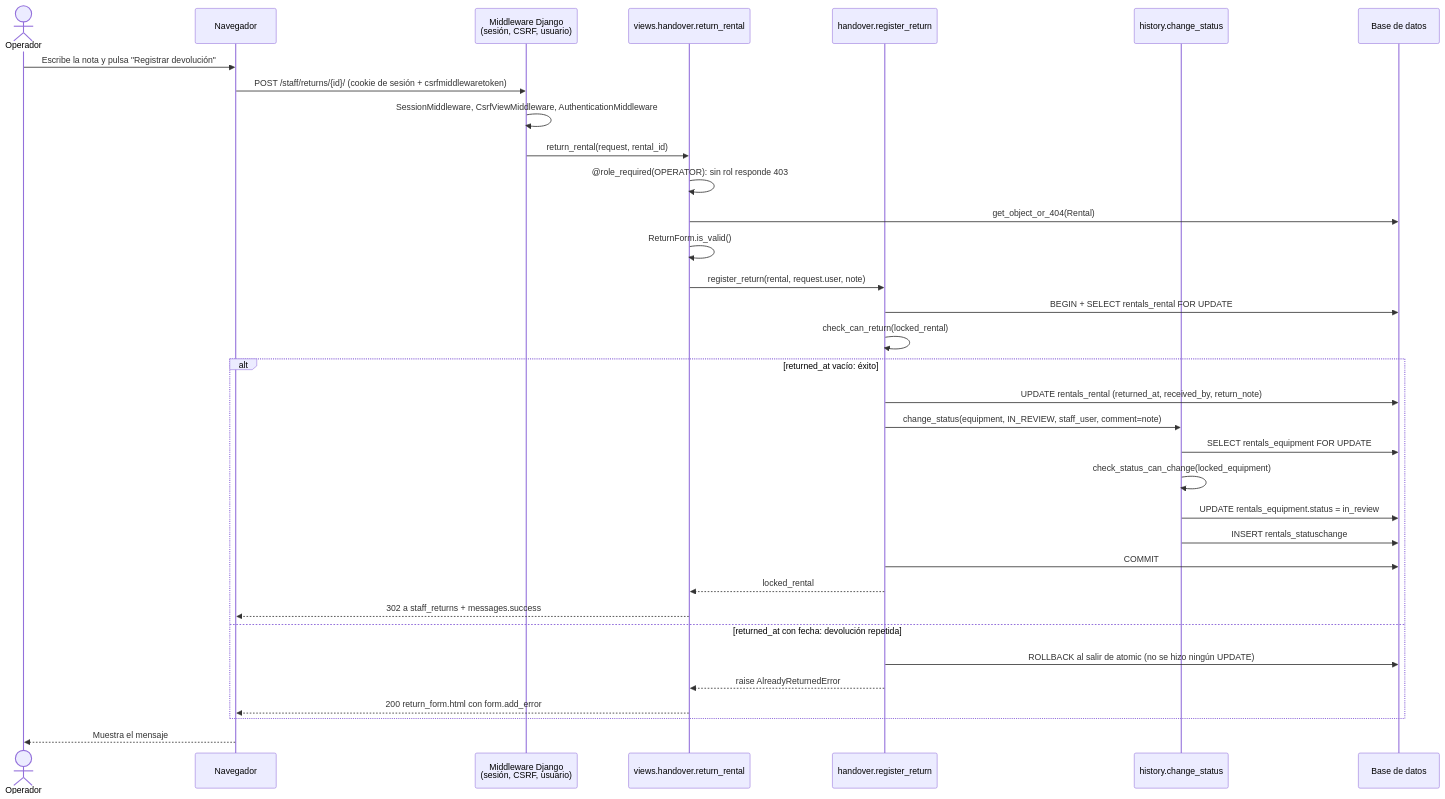
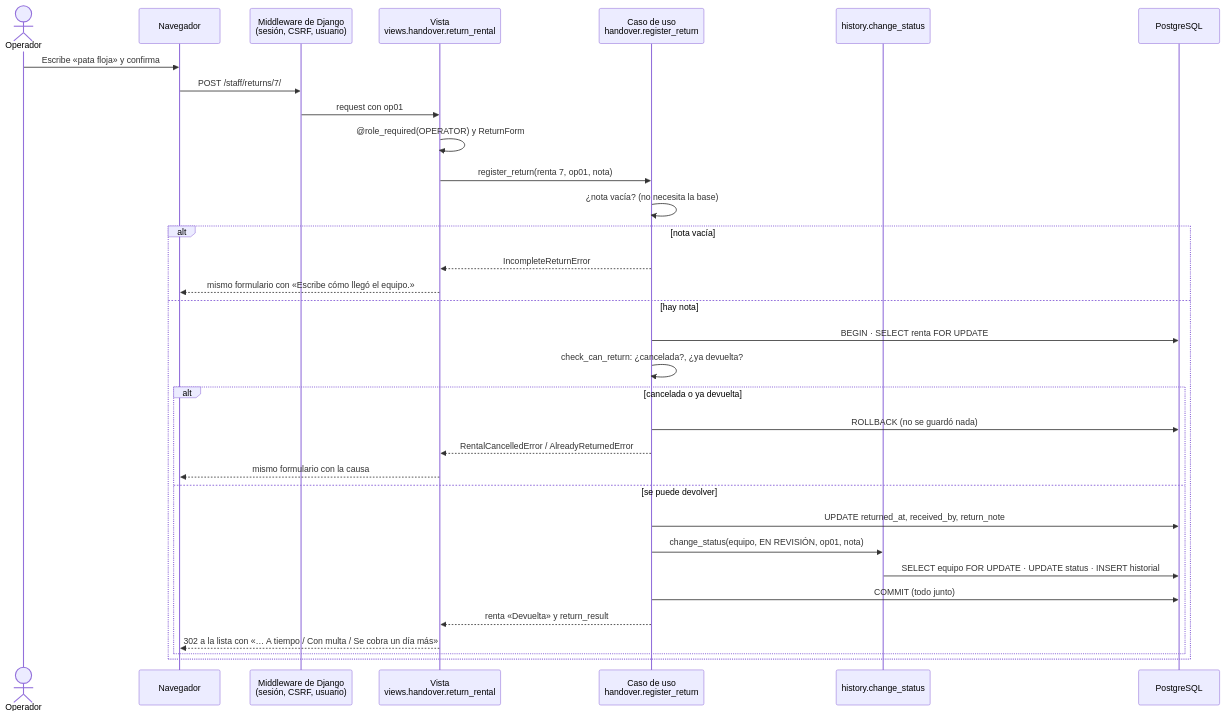
Before and after one commit to peterteranb/astra-rent-system: the fourth of 6 diagrams in docs/secuencias.md, drawn with Mermaid. The commit also changed other lines of this file, not shown here.

First line of the commit message:
docs: add use cases and sequence diagrams for the MVP

````diff
--- a/docs/secuencias.md
+++ b/docs/secuencias.md
@@ -5,37 +171,36 @@
 ```mermaid
 sequenceDiagram
-    actor Op as Operador
-    participant Nav as Navegador
-    participant MW as Middleware Django<br/>(sesión, CSRF, usuario)
-    participant V as views.handover.return_rental
-    participant H as handover.register_return
-    participant Hist as history.change_status
-    participant DB as Base de datos
+    actor O as Operador
+    participant N as Navegador
+    participant MW as Middleware de Django<br/>(sesión, CSRF, usuario)
+    participant V as Vista<br/>views.handover.return_rental
+    participant U as Caso de uso<br/>handover.register_return
+    participant H as history.change_status
+    participant DB as PostgreSQL
 
-    Op->>Nav: Escribe la nota y pulsa "Registrar devolución"
-    Nav->>MW: POST /staff/returns/{id}/ (cookie de sesión + csrfmiddlewaretoken)
-    MW->>MW: SessionMiddleware, CsrfViewMiddleware, AuthenticationMiddleware
-    MW->>V: return_rental(request, rental_id)
-    V->>V: @role_required(OPERATOR): sin rol responde 403
-    V->>DB: get_object_or_404(Rental)
-    V->>V: ReturnForm.is_valid()
-    V->>H: register_return(rental, request.user, note)
-    H->>DB: BEGIN + SELECT rentals_rental FOR UPDATE
-    H->>H: check_can_return(locked_rental)
-    alt returned_at vacío: éxito
-        H->>DB: UPDATE rentals_rental (returned_at, received_by, return_note)
-        H->>Hist: change_status(equipment, IN_REVIEW, staff_user, comment=note)
-        Hist->>DB: SELECT rentals_equipment FOR UPDATE
-        Hist->>Hist: check_status_can_change(locked_equipment)
-        Hist->>DB: UPDATE rentals_equipment.status = in_review
-        Hist->>DB: INSERT rentals_statuschange
-        H->>DB: COMMIT
-        H-->>V: locked_rental
-        V-->>Nav: 302 a staff_returns + messages.success
-    else returned_at con fecha: devolución repetida
-        H->>DB: ROLLBACK al salir de atomic (no se hizo ningún UPDATE)
-        H-->>V: raise AlreadyReturnedError
-        V-->>Nav: 200 return_form.html con form.add_error
+    O->>N: Escribe «pata floja» y confirma
+    N->>MW: POST /staff/returns/7/
+    MW->>V: request con op01
+    V->>V: @role_required(OPERATOR) y ReturnForm
+    V->>U: register_return(renta 7, op01, nota)
+    U->>U: ¿nota vacía? (no necesita la base)
+    alt nota vacía
+        U-->>V: IncompleteReturnError
+        V-->>N: mismo formulario con «Escribe cómo llegó el equipo.»
+    else hay nota
+        U->>DB: BEGIN · SELECT renta FOR UPDATE
+        U->>U: check_can_return: ¿cancelada?, ¿ya devuelta?
+        alt cancelada o ya devuelta
+            U->>DB: ROLLBACK (no se guardó nada)
+            U-->>V: RentalCancelledError / AlreadyReturnedError
+            V-->>N: mismo formulario con la causa
+        else se puede devolver
+            U->>DB: UPDATE returned_at, received_by, return_note
+            U->>H: change_status(equipo, EN REVISIÓN, op01, nota)
+            H->>DB: SELECT equipo FOR UPDATE · UPDATE status · INSERT historial
+            U->>DB: COMMIT (todo junto)
+            U-->>V: renta «Devuelta» y return_result
+            V-->>N: 302 a la lista con «… A tiempo / Con multa / Se cobra un día más»
+        end
     end
-    Nav-->>Op: Muestra el mensaje
 ```
````
